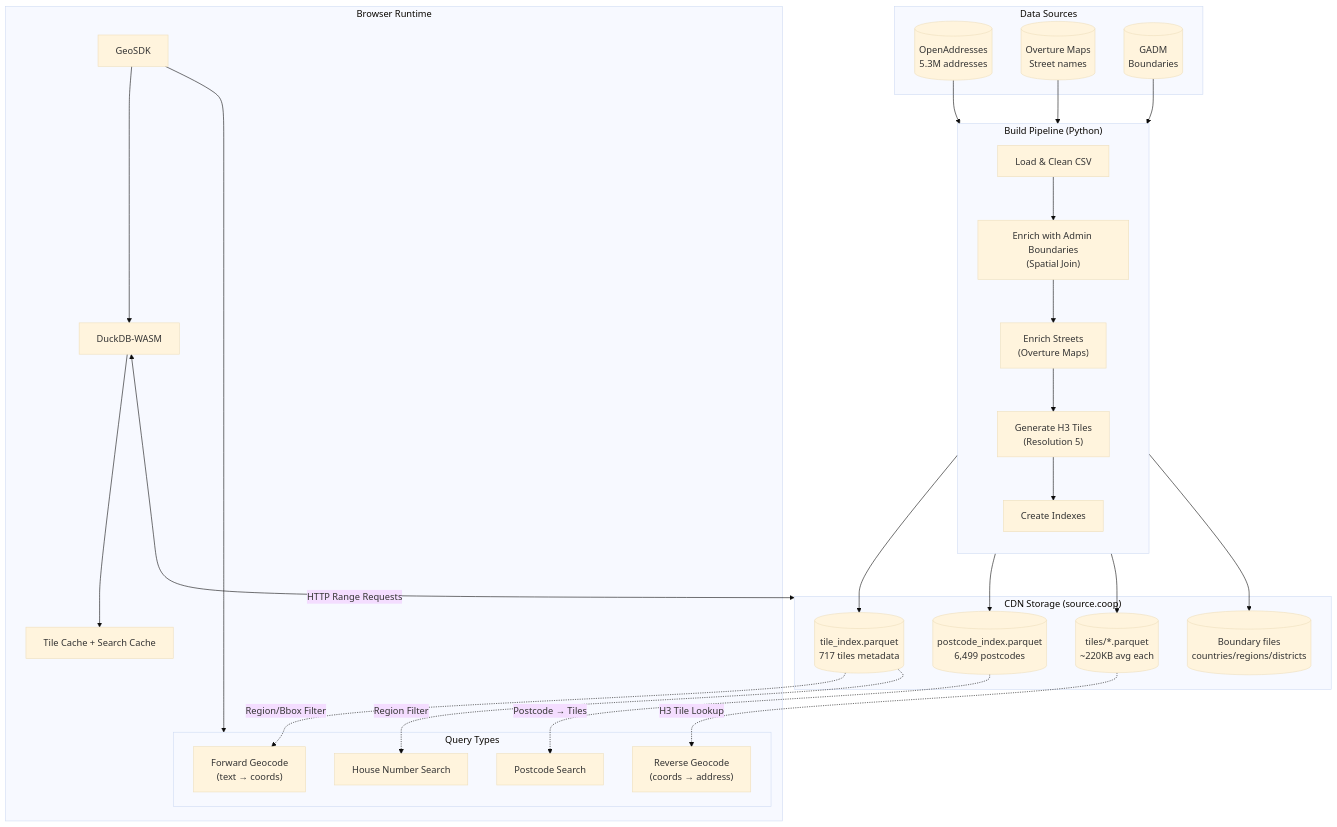
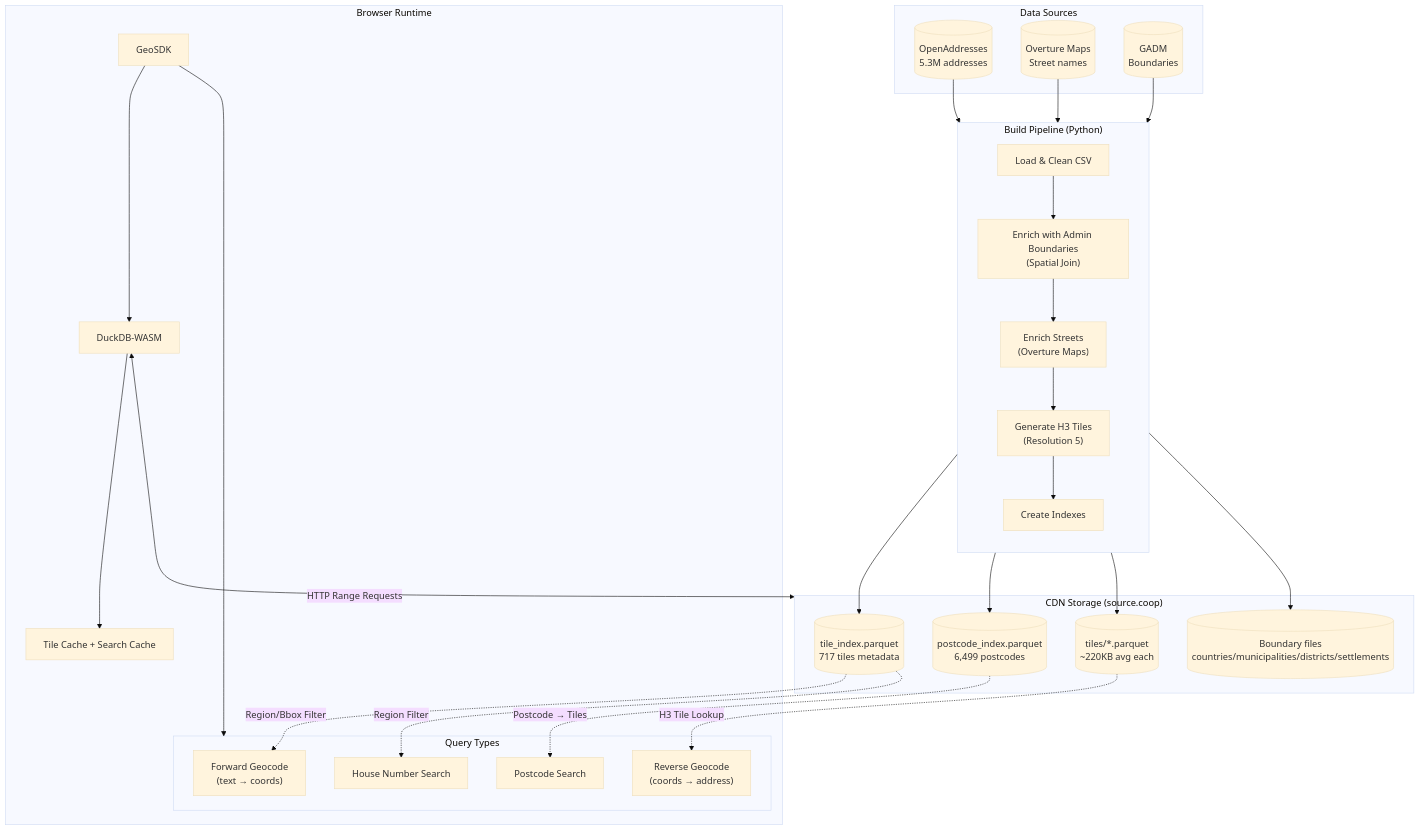
Before and after one commit to tabaqatdev/geocoding-sdk: the diagram in README.md, drawn with Mermaid (base theme). The commit also changed other lines of this file and 1 other file, not shown here.

````diff
--- a/README.md
+++ b/README.md
@@ -24,53 +24,53 @@
 ```mermaid
 flowchart TB
     subgraph DataSources["Data Sources"]
         OA[("OpenAddresses<br/>5.3M addresses")]
         OM[("Overture Maps<br/>Street names")]
         GADM[("GADM<br/>Boundaries")]
     end
 
     subgraph BuildPipeline["Build Pipeline (Python)"]
         direction TB
         B1["Load & Clean CSV"]
         B2["Enrich with Admin Boundaries<br/>(Spatial Join)"]
         B3["Enrich Streets<br/>(Overture Maps)"]
         B4["Generate H3 Tiles<br/>(Resolution 5)"]
         B5["Create Indexes"]
     end
 
     subgraph CDN["CDN Storage (source.coop)"]
         TI[("tile_index.parquet<br/>717 tiles metadata")]
         PI[("postcode_index.parquet<br/>6,499 postcodes")]
         TILES[("tiles/*.parquet<br/>~220KB avg each")]
-        BOUNDS[("Boundary files<br/>countries/regions/districts")]
+        BOUNDS[("Boundary files<br/>countries/municipalities/districts/settlements")]
     end
 
     subgraph Browser["Browser Runtime"]
         SDK["GeoSDK"]
         DUCKDB["DuckDB-WASM"]
         CACHE["Tile Cache + Search Cache"]
 
         subgraph Queries["Query Types"]
             FWD["Forward Geocode<br/>(text → coords)"]
             REV["Reverse Geocode<br/>(coords → address)"]
             POST["Postcode Search"]
             NUM["House Number Search"]
         end
     end
 
     OA --> B1
     OM --> B3
     GADM --> B2
     B1 --> B2 --> B3 --> B4 --> B5
     B5 --> TI & PI & TILES & BOUNDS
 
     SDK --> DUCKDB
     DUCKDB <-->|"HTTP Range Requests"| CDN
     DUCKDB --> CACHE
     SDK --> Queries
 
     TI -.->|"Region/Bbox Filter"| FWD
     PI -.->|"Postcode → Tiles"| POST
     TILES -.->|"H3 Tile Lookup"| REV
     TI -.->|"Region Filter"| NUM
 ```
````
